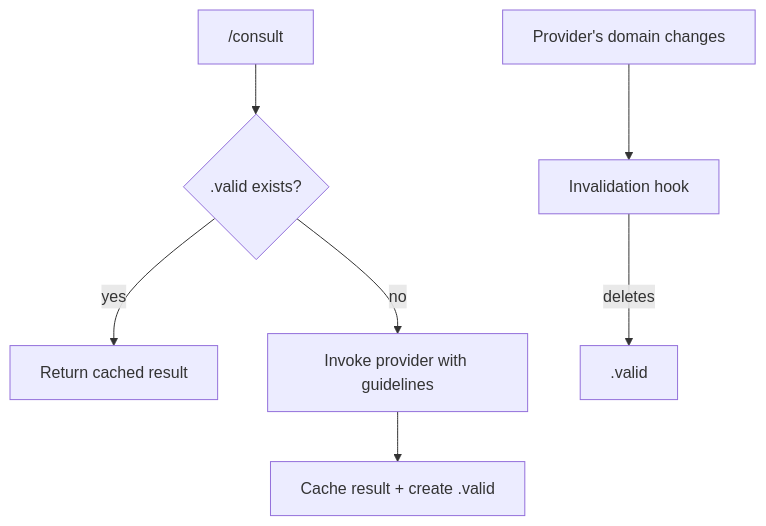
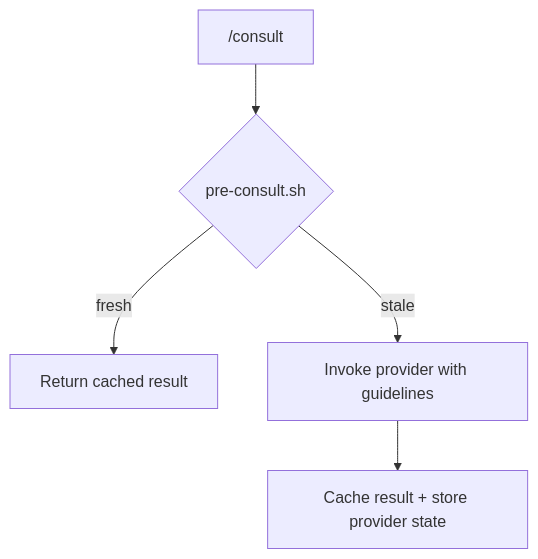
Before and after one commit to Kord96/kordinate: the diagram in docs/framework/kords.md, drawn with Mermaid. The commit also changed other lines of this file and 23 other files, not shown here.

First line of the commit message:
Simplify cache: pre-consult.sh only, no .valid markers or invalidation hooks

````diff
--- a/docs/framework/kords.md
+++ b/docs/framework/kords.md
@@ -70,10 +68,7 @@
 ```mermaid
 flowchart TB
-    C["/consult"] --> G{".valid exists?"}
-    G -->|yes| M[Return cached result]
-    G -->|no| K[Invoke provider with guidelines]
-    K --> W[Cache result + create .valid]
-
-    E[Provider's domain changes] --> P["Invalidation hook"]
-    P -->|deletes| V[.valid]
+    C["/consult"] --> G{"pre-consult.sh"}
+    G -->|fresh| M[Return cached result]
+    G -->|stale| K[Invoke provider with guidelines]
+    K --> W[Cache result + store provider state]
 ```
````
